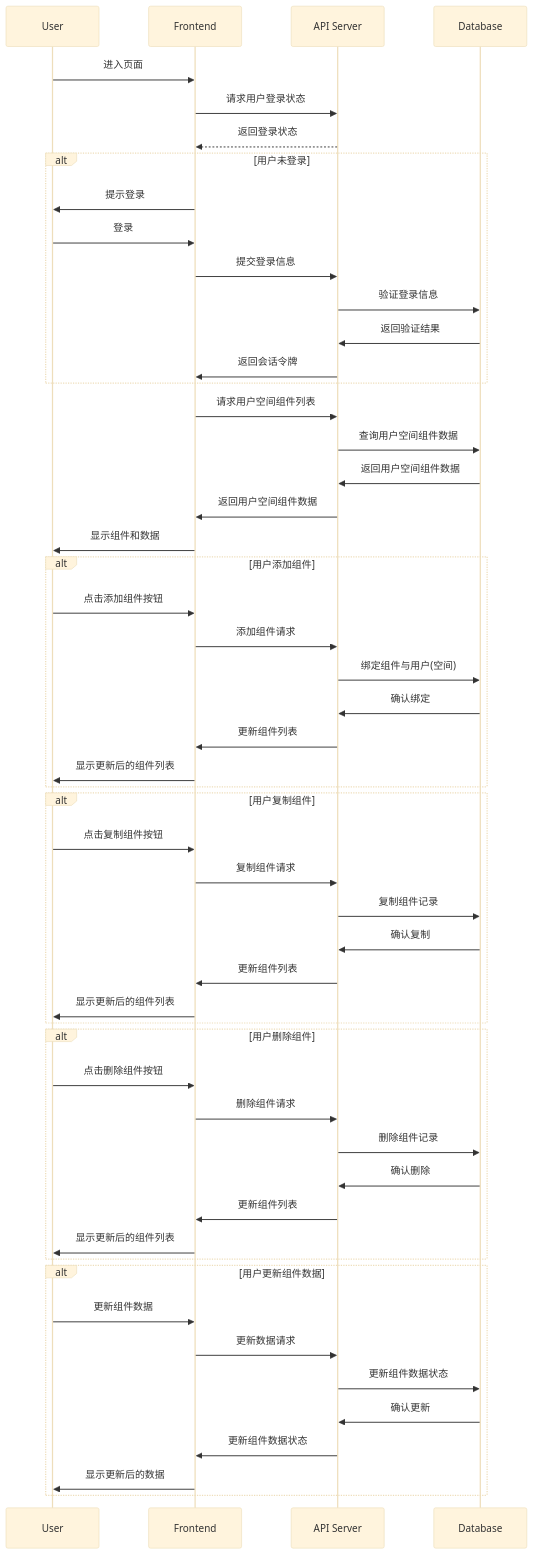
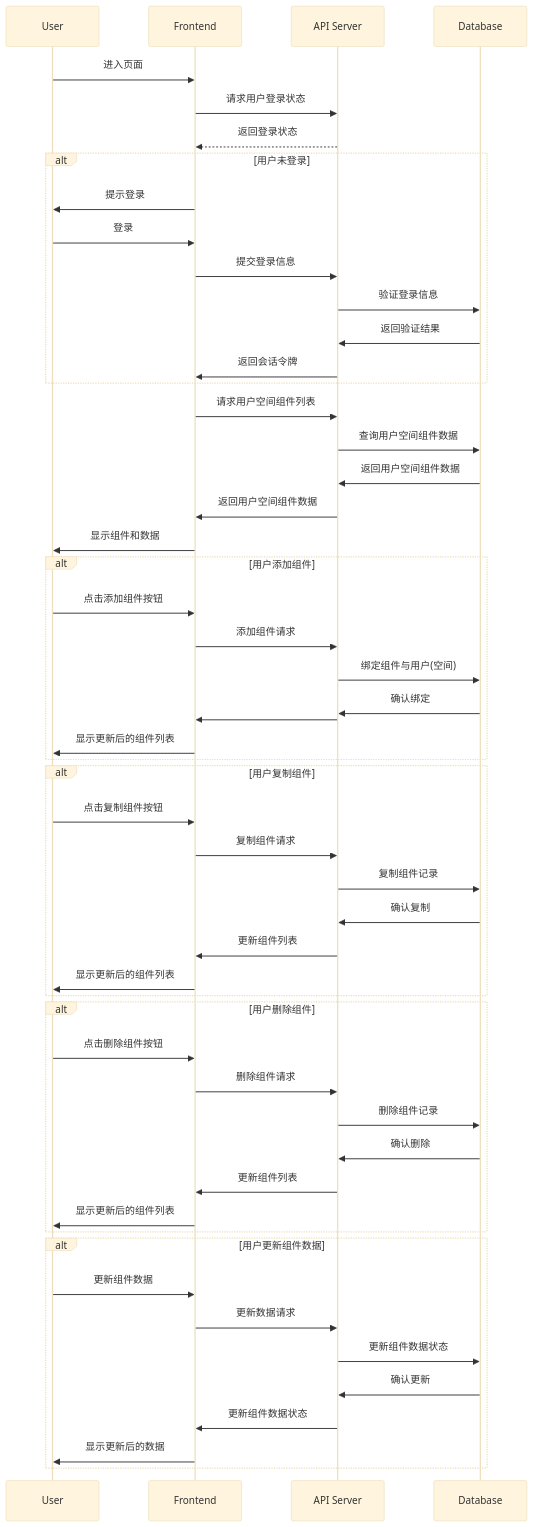
The diagram in all/未命名-7.md (yingjianzh/iodraw-files), drawn with Mermaid (base theme) before and after one commit.

Commit message:
2024-10-09 10:22:32 update

````diff
--- a/all/未命名-7.md
+++ b/all/未命名-7.md
@@ -1,62 +1,62 @@
 ```mermaid
 sequenceDiagram
     participant User
     participant Frontend
     participant API Server
     participant Database
 
     User->>Frontend: 进入页面
     Frontend->>API Server: 请求用户登录状态
     API Server-->>Frontend: 返回登录状态
     alt 用户未登录
         Frontend->>User: 提示登录
         User->>Frontend: 登录
         Frontend->>API Server: 提交登录信息
         API Server->>Database: 验证登录信息
         Database->>API Server: 返回验证结果
         API Server->>Frontend: 返回会话令牌
     end
 
     Frontend->>API Server: 请求用户空间组件列表
     API Server->>Database: 查询用户空间组件数据
     Database->>API Server: 返回用户空间组件数据
     API Server->>Frontend: 返回用户空间组件数据
     Frontend->>User: 显示组件和数据
 
     alt 用户添加组件
         User->>Frontend: 点击添加组件按钮
         Frontend->>API Server: 添加组件请求
         API Server->>Database: 绑定组件与用户(空间)
         Database->>API Server: 确认绑定
-        API Server->>Frontend: 更新组件列表
+        API Server->>Frontend: 
         Frontend->>User: 显示更新后的组件列表
     end
 
     alt 用户复制组件
         User->>Frontend: 点击复制组件按钮
         Frontend->>API Server: 复制组件请求
         API Server->>Database: 复制组件记录
         Database->>API Server: 确认复制
         API Server->>Frontend: 更新组件列表
         Frontend->>User: 显示更新后的组件列表
     end
 
     alt 用户删除组件
         User->>Frontend: 点击删除组件按钮
         Frontend->>API Server: 删除组件请求
         API Server->>Database: 删除组件记录
         Database->>API Server: 确认删除
         API Server->>Frontend: 更新组件列表
         Frontend->>User: 显示更新后的组件列表
     end
 
     alt 用户更新组件数据
         User->>Frontend: 更新组件数据
         Frontend->>API Server: 更新数据请求
         API Server->>Database: 更新组件数据状态
         Database->>API Server: 确认更新
         API Server->>Frontend: 更新组件数据状态
         Frontend->>User: 显示更新后的数据
     end
 
 ```
````
